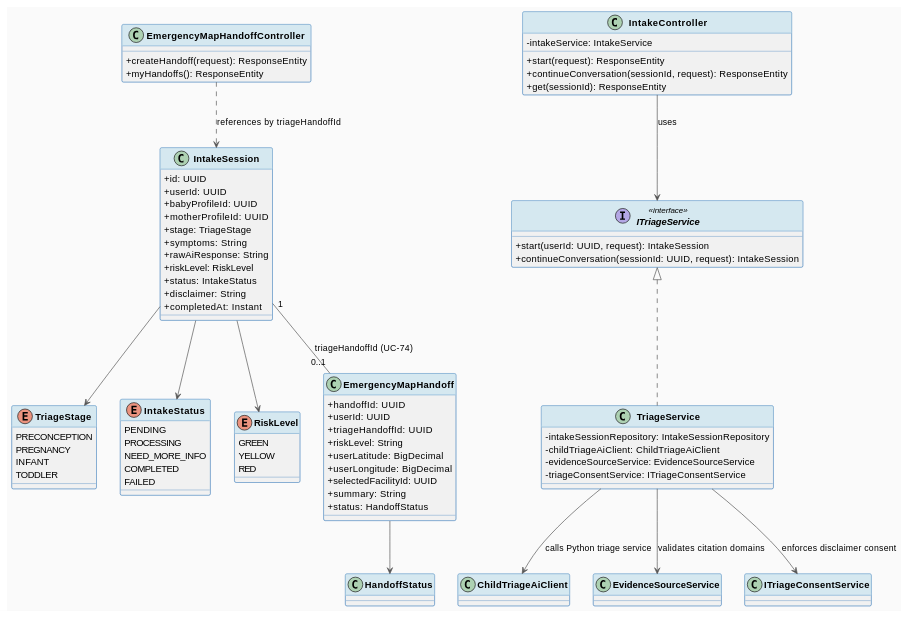
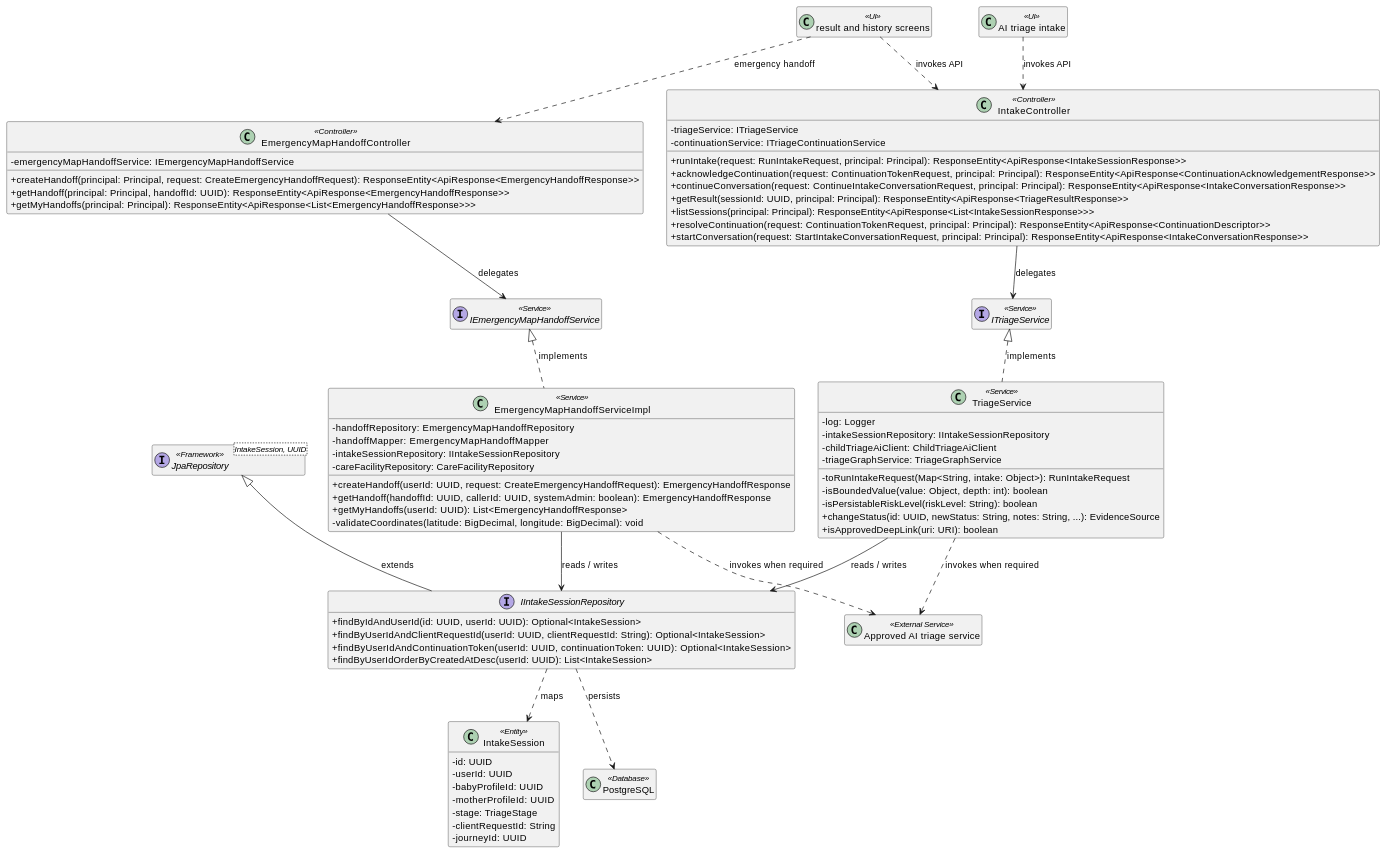
One commit to ChuongBDHE172784/CareBridge_SEP490_G79 changed the first of 2 diagrams in docs/Detailed_Design/MF06_AI_Nurse_Assistant_Risk_Triage/01_AI_Symptom_Intake_Risk_Triage_Emergency_Handoff.md. Above: the diagram before and after it, drawn with PlantUML. The commit also changed other lines of this file and 111 other files, not shown here.

````diff
--- a/docs/Detailed_Design/MF06_AI_Nurse_Assistant_Risk_Triage/01_AI_Symptom_Intake_Risk_Triage_Emergency_Handoff.md
+++ b/docs/Detailed_Design/MF06_AI_Nurse_Assistant_Risk_Triage/01_AI_Symptom_Intake_Risk_Triage_Emergency_Handoff.md
@@ -25,93 +20,82 @@
 ```plantuml
-@startuml MF06_01_AITriage_ClassDiagram
+@startuml MF06_01_AISymptomIntakeHistoryandEscalation_ClassDiagram
 skinparam classAttributeIconSize 0
-skinparam classFontStyle bold
-skinparam backgroundColor #FAFAFA
-skinparam ArrowColor #555555
-skinparam ClassBorderColor #2E75B6
-skinparam ClassHeaderBackgroundColor #D5E8F0
+hide empty members
 
-class IntakeSession {
-  + id: UUID
-  + userId: UUID
-  + babyProfileId: UUID
-  + motherProfileId: UUID
-  + stage: TriageStage
-  + symptoms: String
-  + rawAiResponse: String
-  + riskLevel: RiskLevel
-  + status: IntakeStatus
-  + disclaimer: String
-  + completedAt: Instant
+class "AI triage intake" as UI1 <<UI>>
+class "result and history screens" as UI2 <<UI>>
+class "IntakeController" as Controller1 <<Controller>> {
+  - triageService: ITriageService
+  - continuationService: ITriageContinuationService
+  + runIntake(request: RunIntakeRequest, principal: Principal): ResponseEntity<ApiResponse<IntakeSessionResponse>>
+  + acknowledgeContinuation(request: ContinuationTokenRequest, principal: Principal): ResponseEntity<ApiResponse<ContinuationAcknowledgementResponse>>
+  + continueConversation(request: ContinueIntakeConversationRequest, principal: Principal): ResponseEntity<ApiResponse<IntakeConversationResponse>>
+  + getResult(sessionId: UUID, principal: Principal): ResponseEntity<ApiResponse<TriageResultResponse>>
+  + listSessions(principal: Principal): ResponseEntity<ApiResponse<List<IntakeSessionResponse>>>
+  + resolveContinuation(request: ContinuationTokenRequest, principal: Principal): ResponseEntity<ApiResponse<ContinuationDescriptor>>
+  + startConversation(request: StartIntakeConversationRequest, principal: Principal): ResponseEntity<ApiResponse<IntakeConversationResponse>>
 }
+class "EmergencyMapHandoffController" as Controller2 <<Controller>> {
+  - emergencyMapHandoffService: IEmergencyMapHandoffService
+  + createHandoff(principal: Principal, request: CreateEmergencyHandoffRequest): ResponseEntity<ApiResponse<EmergencyHandoffResponse>>
+  + getHandoff(principal: Principal, handoffId: UUID): ResponseEntity<ApiResponse<EmergencyHandoffResponse>>
+  + getMyHandoffs(principal: Principal): ResponseEntity<ApiResponse<List<EmergencyHandoffResponse>>>
+}
+class "TriageService" as Service1 <<Service>> {
+  - log: Logger
+  - intakeSessionRepository: IIntakeSessionRepository
+  - childTriageAiClient: ChildTriageAiClient
+  - triageGraphService: TriageGraphService
+  - toRunIntakeRequest(Map<String, intake: Object>): RunIntakeRequest
+  - isBoundedValue(value: Object, depth: int): boolean
+  - isPersistableRiskLevel(riskLevel: String): boolean
+  + changeStatus(id: UUID, newStatus: String, notes: String, ...): EvidenceSource
+  + isApprovedDeepLink(uri: URI): boolean
+}
+class "EmergencyMapHandoffServiceImpl" as Service2 <<Service>> {
+  - handoffRepository: EmergencyMapHandoffRepository
+  - handoffMapper: EmergencyMapHandoffMapper
+  - intakeSessionRepository: IIntakeSessionRepository
+  - careFacilityRepository: CareFacilityRepository
+  + createHandoff(userId: UUID, request: CreateEmergencyHandoffRequest): EmergencyHandoffResponse
+  + getHandoff(handoffId: UUID, callerId: UUID, systemAdmin: boolean): EmergencyHandoffResponse
+  + getMyHandoffs(userId: UUID): List<EmergencyHandoffResponse>
+  - validateCoordinates(latitude: BigDecimal, longitude: BigDecimal): void
+}
+interface "ITriageService" as Service1Contract <<Service>>
+interface "IEmergencyMapHandoffService" as Service2Contract <<Service>>
+interface "IIntakeSessionRepository" as Repository1 {
+  + findByIdAndUserId(id: UUID, userId: UUID): Optional<IntakeSession>
+  + findByUserIdAndClientRequestId(userId: UUID, clientRequestId: String): Optional<IntakeSession>
+  + findByUserIdAndContinuationToken(userId: UUID, continuationToken: UUID): Optional<IntakeSession>
+  + findByUserIdOrderByCreatedAtDesc(userId: UUID): List<IntakeSession>
+}
+class "IntakeSession" as Entity1 <<Entity>> {
+  - id: UUID
+  - userId: UUID
+  - babyProfileId: UUID
+  - motherProfileId: UUID
+  - stage: TriageStage
+  - clientRequestId: String
+  - journeyId: UUID
+}
+interface "JpaRepository<IntakeSession, UUID>" as Repository1Base <<Framework>>
+class "PostgreSQL" as DB <<Database>>
+class "Approved AI triage service" as External <<External Service>>
 
-enum TriageStage {
-  PRECONCEPTION
-  PREGNANCY
-  INFANT
-  TODDLER
-}
-
-enum IntakeStatus {
-  PENDING
-  PROCESSING
-  NEED_MORE_INFO
-  COMPLETED
-  FAILED
-}
-
-enum RiskLevel {
-  GREEN
-  YELLOW
-  RED
-}
-
-class EmergencyMapHandoff {
-  + handoffId: UUID
-  + userId: UUID
-  + triageHandoffId: UUID
-  + riskLevel: String
-  + userLatitude: BigDecimal
-  + userLongitude: BigDecimal
-  + selectedFacilityId: UUID
-  + summary: String
-  + status: HandoffStatus
-}
-
-class IntakeController {
-  - intakeService: IntakeService
-  + start(request): ResponseEntity
-  + continueConversation(sessionId, request): ResponseEntity
-  + get(sessionId): ResponseEntity
-}
-
-interface ITriageService <<interface>> {
-  + start(userId: UUID, request): IntakeSession
-  + continueConversation(sessionId: UUID, request): IntakeSession
-}
-
-class TriageService implements ITriageService {
-  - intakeSessionRepository: IntakeSessionRepository
-  - childTriageAiClient: ChildTriageAiClient
-  - evidenceSourceService: EvidenceSourceService
-  - triageConsentService: ITriageConsentService
-}
-
-class EmergencyMapHandoffController {
-  + createHandoff(request): ResponseEntity
-  + myHandoffs(): ResponseEntity
-}
-
-IntakeSession --> TriageStage
-IntakeSession --> IntakeStatus
-IntakeSession --> RiskLevel
-IntakeSession "1" -- "0..1" EmergencyMapHandoff : triageHandoffId (UC-74)
-EmergencyMapHandoff --> HandoffStatus
-IntakeController --> ITriageService : uses
-TriageService --> ChildTriageAiClient : calls Python triage service
-TriageService --> EvidenceSourceService : validates citation domains
-TriageService --> ITriageConsentService : enforces disclaimer consent
-EmergencyMapHandoffController ..> IntakeSession : references by triageHandoffId
-
+Service1Contract <|.. Service1 : implements
+Service2Contract <|.. Service2 : implements
+Repository1Base <|-- Repository1 : extends
+UI1 ..> Controller1 : invokes API
+UI2 ..> Controller1 : invokes API
+UI2 ..> Controller2 : emergency handoff
+Controller1 --> Service1Contract : delegates
+Controller2 --> Service2Contract : delegates
+Service1 --> Repository1 : reads / writes
+Service2 --> Repository1 : reads / writes
+Repository1 ..> Entity1 : maps
+Repository1 ..> DB : persists
+Service1 ..> External : invokes when required
+Service2 ..> External : invokes when required
 @enduml
 ```
````
